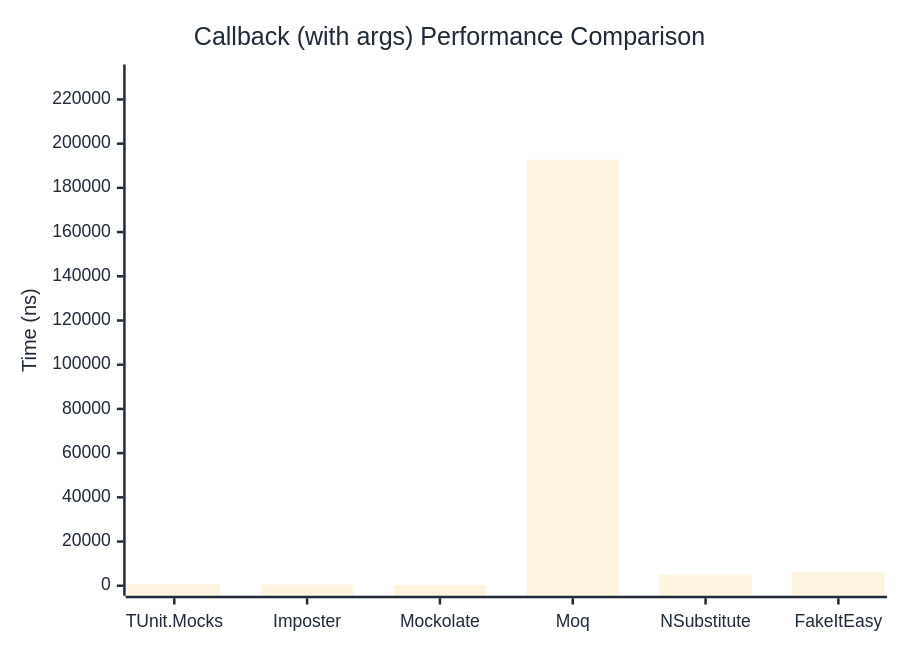
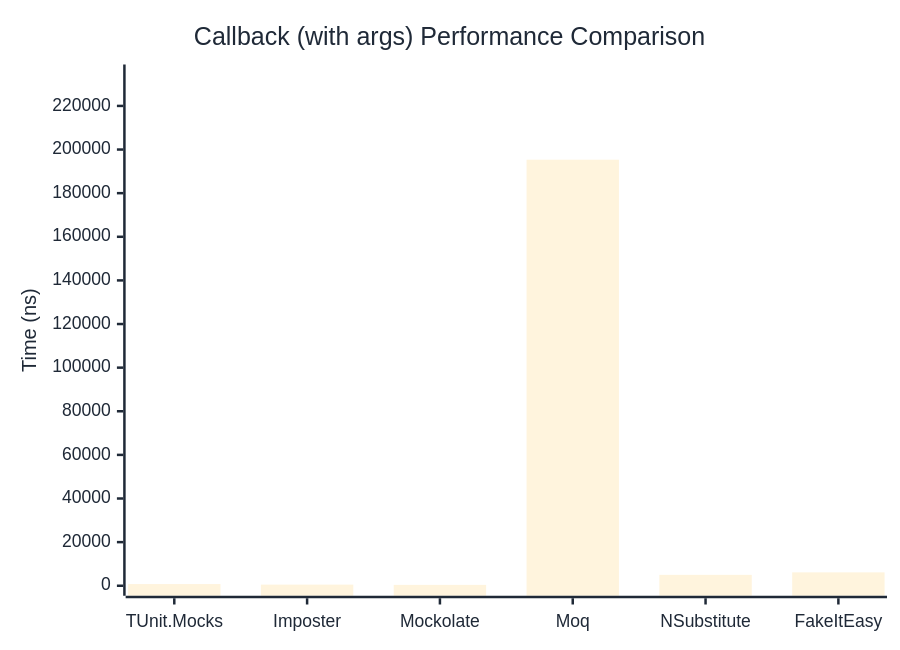
Before and after one commit to thomhurst/TUnit: the second of 2 diagrams in docs/docs/benchmarks/mocks/Callback.md, drawn with Mermaid. The commit also changed other lines of this file and 14 other files, not shown here.

````diff
--- a/docs/docs/benchmarks/mocks/Callback.md
+++ b/docs/docs/benchmarks/mocks/Callback.md
@@ -69,27 +69,27 @@
 ```mermaid
 %%{init: {
   'theme':'base',
   'themeVariables': {
     'primaryColor': '#2563eb',
     'primaryTextColor': '#1f2937',
     'primaryBorderColor': '#1e40af',
     'lineColor': '#6b7280',
     'secondaryColor': '#7c3aed',
     'tertiaryColor': '#dc2626',
     'background': '#ffffff',
     'pie1': '#2563eb',
     'pie2': '#7c3aed',
     'pie3': '#dc2626',
     'pie4': '#f59e0b',
     'pie5': '#10b981',
     'pie6': '#06b6d4',
     'pie7': '#ec4899',
     'pie8': '#6366f1'
   }
 }}%%
 xychart-beta
   title "Callback (with args) Performance Comparison"
   x-axis ["TUnit.Mocks", "Imposter", "Mockolate", "Moq", "NSubstitute", "FakeItEasy"]
-  y-axis "Time (ns)" 0 --> 231281
-  bar [776.8, 505.8, 393.9, 192734.1, 4978.4, 6121]
+  y-axis "Time (ns)" 0 --> 234406
+  bar [771.8, 519.9, 399.6, 195338.2, 4996.4, 6133.9]
 ```
````
